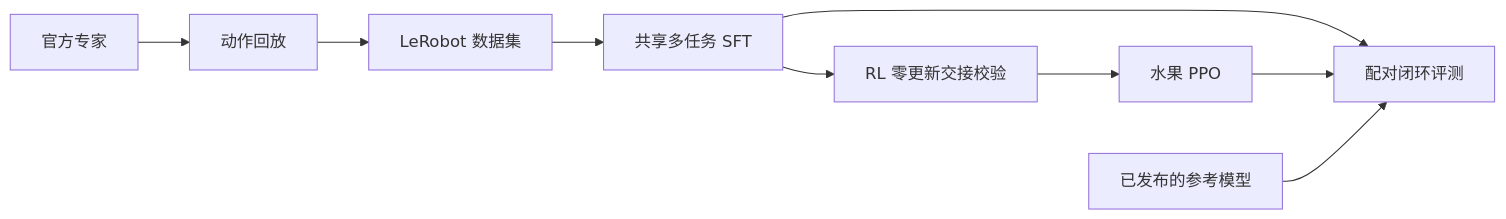
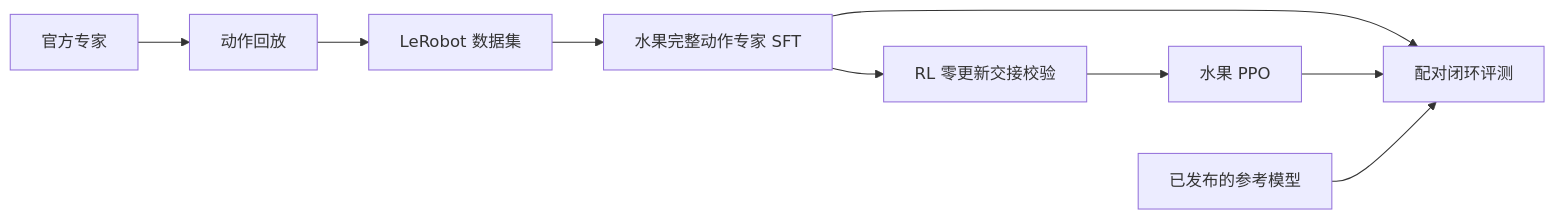
One commit to Turbo176/Pi05-VLABench changed the diagram in README.zh-CN.md. Above: the diagram before and after it, drawn with Mermaid. The commit also changed other lines of this file and 113 other files, not shown here.

````diff
--- a/README.zh-CN.md
+++ b/README.zh-CN.md
@@ -98,11 +96,11 @@
 ```mermaid
 flowchart LR
     E[官方专家] --> R[动作回放]
     R --> D[LeRobot 数据集]
-    D --> S[共享多任务 SFT]
+    D --> S[水果完整动作专家 SFT]
     S --> H[RL 零更新交接校验]
     H --> P[水果 PPO]
     S --> V[配对闭环评测]
     P --> V
     B[已发布的参考模型] --> V
 ```
````
